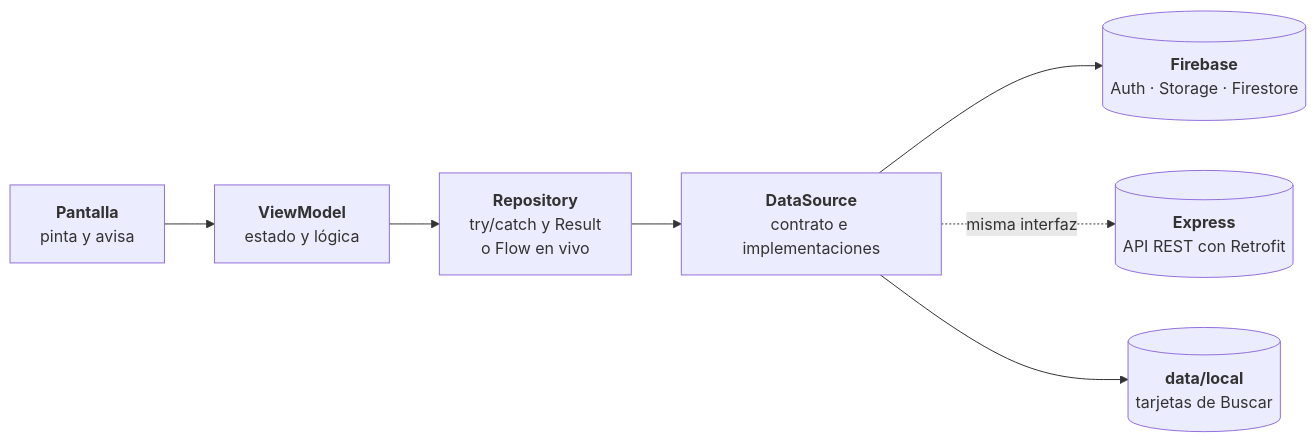
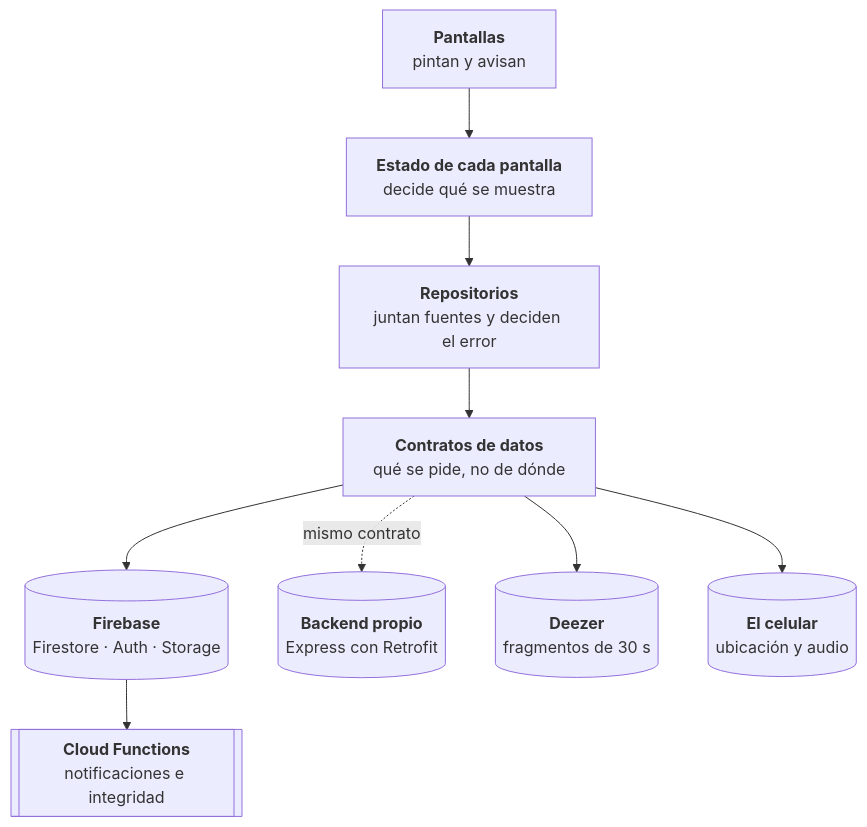
Before and after one commit to AndresContreras1/Mixtapp: the diagram in README.md, drawn with Mermaid. The commit also changed other lines of this file, not shown here.

Commit message:
docs: readme de entrega con el objetivo, las capturas, la arquitectura y sus decisiones

````diff
--- a/README.md
+++ b/README.md
@@ -88,15 +48,19 @@
 ```mermaid
-flowchart LR
-    S["<b>Pantalla</b><br/>pinta y avisa"]
-    V["<b>ViewModel</b><br/>estado y lógica"]
-    R["<b>Repository</b><br/>try/catch y Result<br/>o Flow en vivo"]
-    D["<b>DataSource</b><br/>contrato e implementaciones"]
-    F[("<b>Firebase</b><br/>Auth · Storage · Firestore")]
-    E[("<b>Express</b><br/>API REST con Retrofit")]
-    L[("<b>data/local</b><br/>tarjetas de Buscar")]
+flowchart TB
+    P["<b>Pantallas</b><br/>pintan y avisan"]
+    E["<b>Estado de cada pantalla</b><br/>decide qué se muestra"]
+    R["<b>Repositorios</b><br/>juntan fuentes y deciden el error"]
+    C["<b>Contratos de datos</b><br/>qué se pide, no de dónde"]
+    F[("<b>Firebase</b><br/>Firestore · Auth · Storage")]
+    B[("<b>Backend propio</b><br/>Express con Retrofit")]
+    D[("<b>Deezer</b><br/>fragmentos de 30 s")]
+    A[("<b>El celular</b><br/>ubicación y audio")]
+    N[["<b>Cloud Functions</b><br/>notificaciones e integridad"]]
 
-    S --> V --> R --> D
-    D --> F
-    D -. "misma interfaz" .-> E
-    D --> L
+    P --> E --> R --> C
+    C --> F
+    C -. "mismo contrato" .-> B
+    C --> D
+    C --> A
+    F --> N
 ```
````
